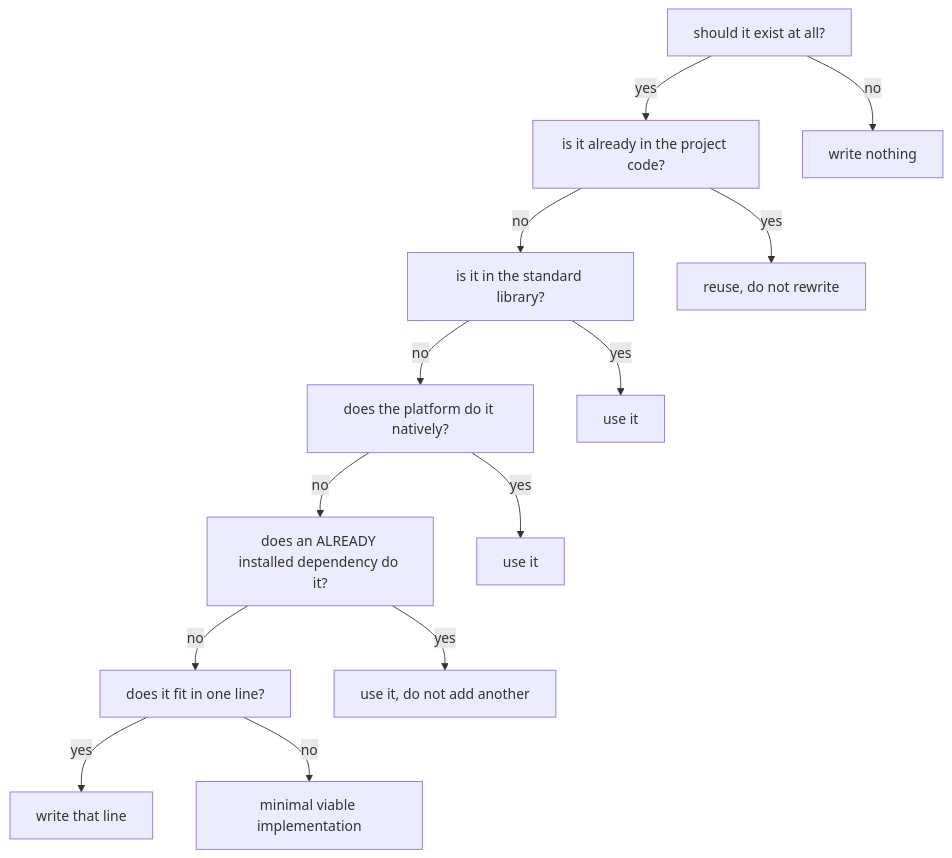
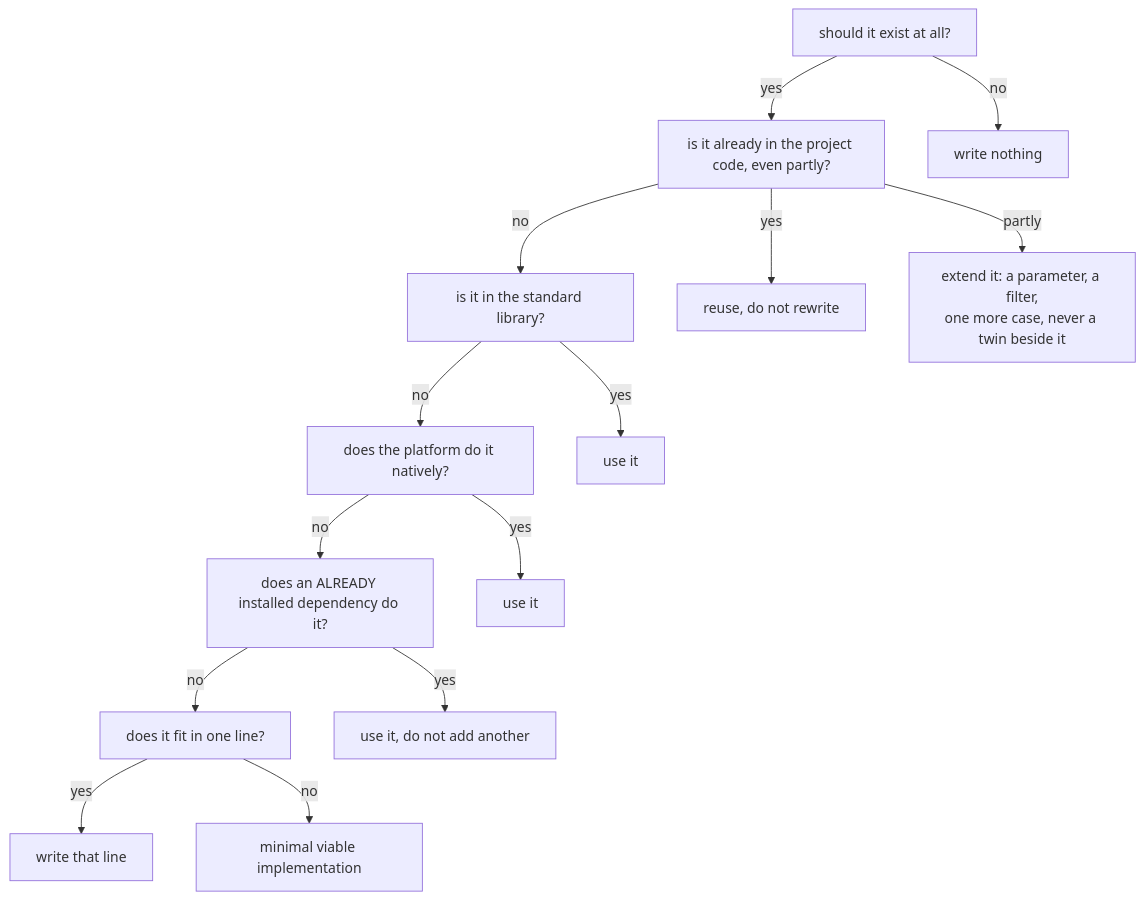
The first of 3 diagrams in skills/concevoir-avant-coder/SKILL.md (MasterLaplace/LplCraftSkills), drawn with Mermaid before and after one commit. The commit also changed other lines of this file and 1 other file, not shown here.

First line of the commit message:
docs(skills): extend what already exists instead of writing a twin (#38)

````diff
--- a/skills/concevoir-avant-coder/SKILL.md
+++ b/skills/concevoir-avant-coder/SKILL.md
@@ -123,22 +136,23 @@
 ```mermaid
 flowchart TD
   Q0["should it exist at all?"]
-  Q1["is it already in the project code?"]
+  Q1["is it already in the project code, even partly?"]
   Q2["is it in the standard library?"]
   Q3["does the platform do it natively?"]
   Q4["does an ALREADY installed dependency do it?"]
   Q5["does it fit in one line?"]
   Q6["minimal viable implementation"]
   Q0 -->|no| S0["write nothing"]
   Q0 -->|yes| Q1
   Q1 -->|yes| S1["reuse, do not rewrite"]
+  Q1 -->|partly| S1b["extend it: a parameter, a filter,<br/>one more case, never a twin beside it"]
   Q1 -->|no| Q2
   Q2 -->|yes| S2["use it"]
   Q2 -->|no| Q3
   Q3 -->|yes| S3["use it"]
   Q3 -->|no| Q4
   Q4 -->|yes| S4["use it, do not add another"]
   Q4 -->|no| Q5
   Q5 -->|yes| S5["write that line"]
   Q5 -->|no| Q6
 ```
````
